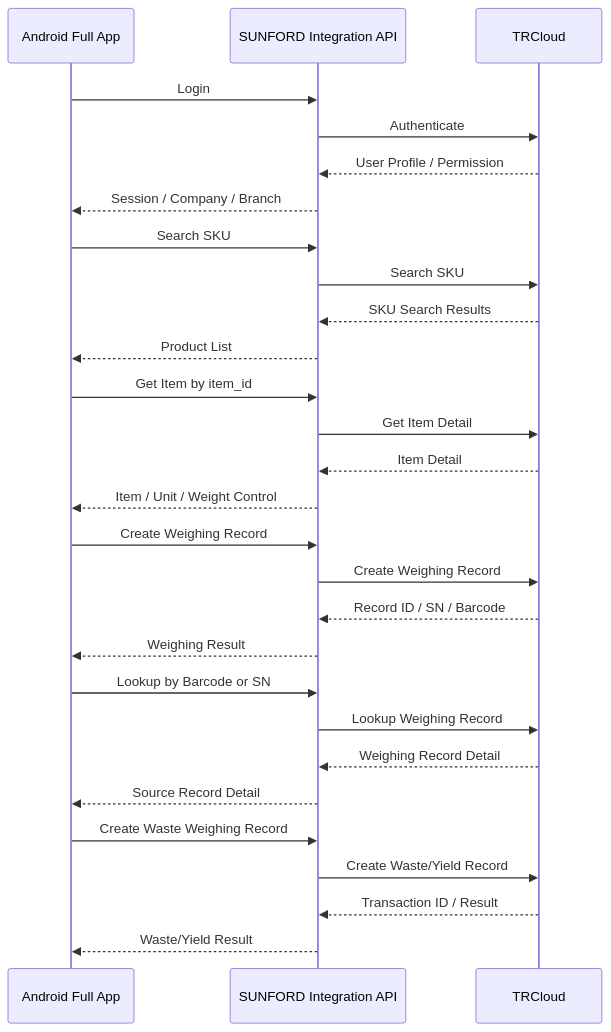
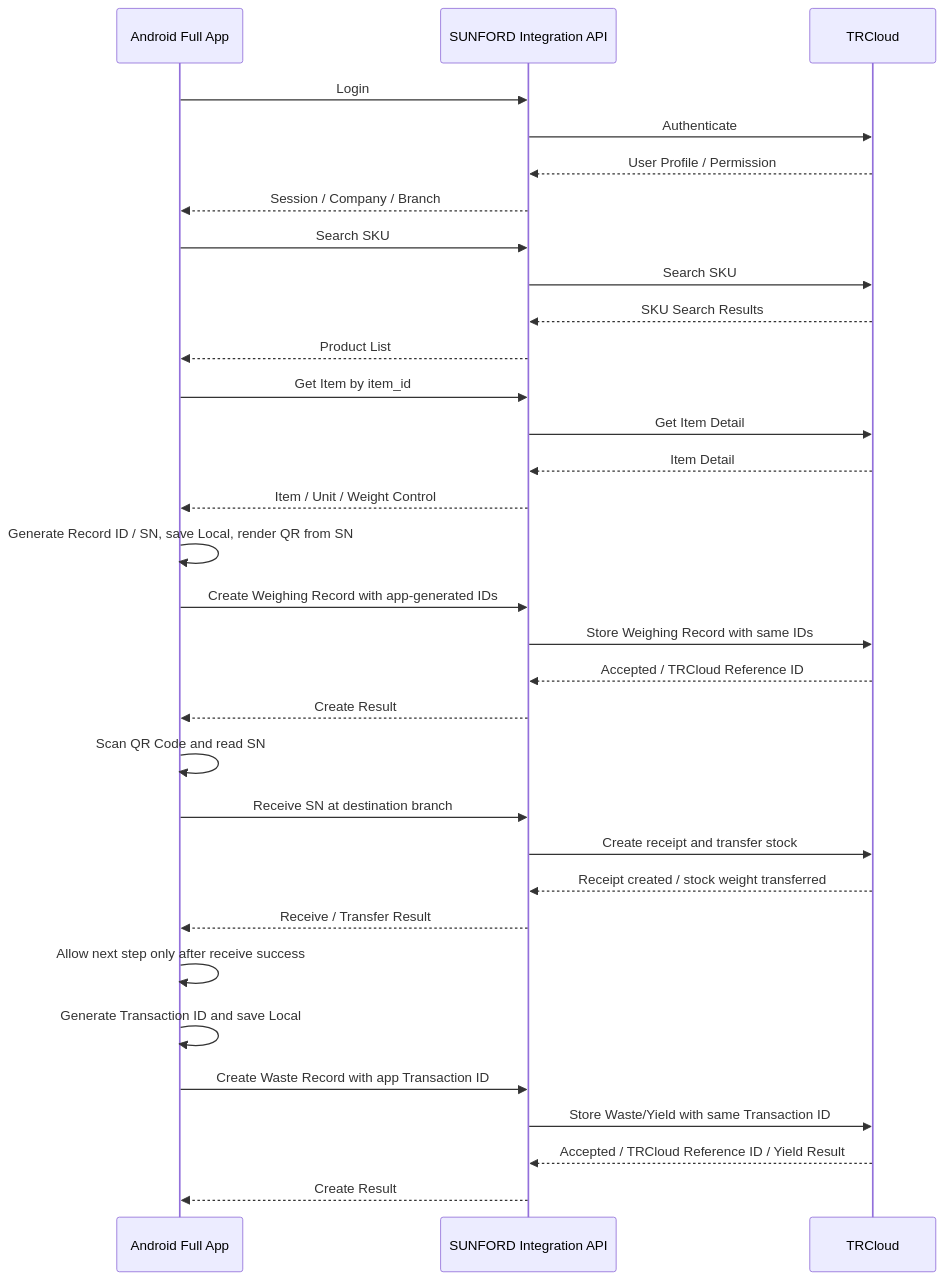
Before and after one commit to thisadee2897/requirements: the diagram in TRCloud_SUNFORD/requirements_new_app_full.md, drawn with Mermaid. The commit also changed other lines of this file and 6 other files, not shown here.

````diff
--- a/TRCloud_SUNFORD/requirements_new_app_full.md
+++ b/TRCloud_SUNFORD/requirements_new_app_full.md
@@ -20,36 +18,40 @@
 ```mermaid
 sequenceDiagram
     participant A as Android Full App
     participant S as SUNFORD Integration API
     participant T as TRCloud
 
     A->>S: Login
     S->>T: Authenticate
     T-->>S: User Profile / Permission
     S-->>A: Session / Company / Branch
 
     A->>S: Search SKU
     S->>T: Search SKU
     T-->>S: SKU Search Results
     S-->>A: Product List
 
     A->>S: Get Item by item_id
     S->>T: Get Item Detail
     T-->>S: Item Detail
     S-->>A: Item / Unit / Weight Control
 
-    A->>S: Create Weighing Record
-    S->>T: Create Weighing Record
-    T-->>S: Record ID / SN / Barcode
-    S-->>A: Weighing Result
+    A->>A: Generate Record ID / SN, save Local, render QR from SN
+    A->>S: Create Weighing Record with app-generated IDs
+    S->>T: Store Weighing Record with same IDs
+    T-->>S: Accepted / TRCloud Reference ID
+    S-->>A: Create Result
 
-    A->>S: Lookup by Barcode or SN
-    S->>T: Lookup Weighing Record
-    T-->>S: Weighing Record Detail
-    S-->>A: Source Record Detail
+    A->>A: Scan QR Code and read SN
+    A->>S: Receive SN at destination branch
+    S->>T: Create receipt and transfer stock
+    T-->>S: Receipt created / stock weight transferred
+    S-->>A: Receive / Transfer Result
+    A->>A: Allow next step only after receive success
 
-    A->>S: Create Waste Weighing Record
-    S->>T: Create Waste/Yield Record
-    T-->>S: Transaction ID / Result
-    S-->>A: Waste/Yield Result
+    A->>A: Generate Transaction ID and save Local
+    A->>S: Create Waste Record with app Transaction ID
+    S->>T: Store Waste/Yield with same Transaction ID
+    T-->>S: Accepted / TRCloud Reference ID / Yield Result
+    S-->>A: Create Result
 ```
````
